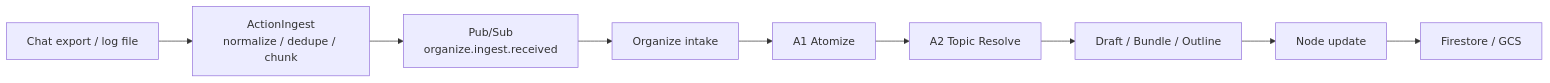
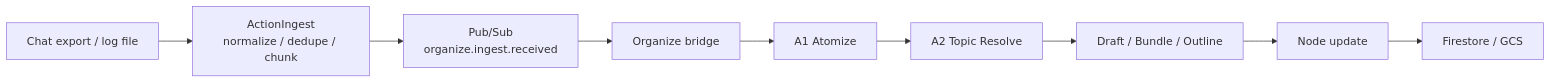
One commit to Keyhole-Koro/Action changed the first of 2 diagrams in docs/flows/ingest-organize.md. Above: the diagram before and after it, drawn with Mermaid. The commit also changed other lines of this file and 22 other files, not shown here.

````diff
--- a/docs/flows/ingest-organize.md
+++ b/docs/flows/ingest-organize.md
@@ -8,14 +14,14 @@
 ```mermaid
 flowchart LR
     File["Chat export / log file"]
     Normalize["ActionIngest<br/>normalize / dedupe / chunk"]
     Topic["Pub/Sub<br/>organize.ingest.received"]
-    Receive["Organize intake"]
+    Receive["Organize bridge"]
     Atomize["A1 Atomize"]
     Resolve["A2 Topic Resolve"]
     Draft["Draft / Bundle / Outline"]
     Node["Node update"]
     Data["Firestore / GCS"]
 
     File --> Normalize --> Topic --> Receive --> Atomize --> Resolve --> Draft --> Node --> Data
 ```
````
